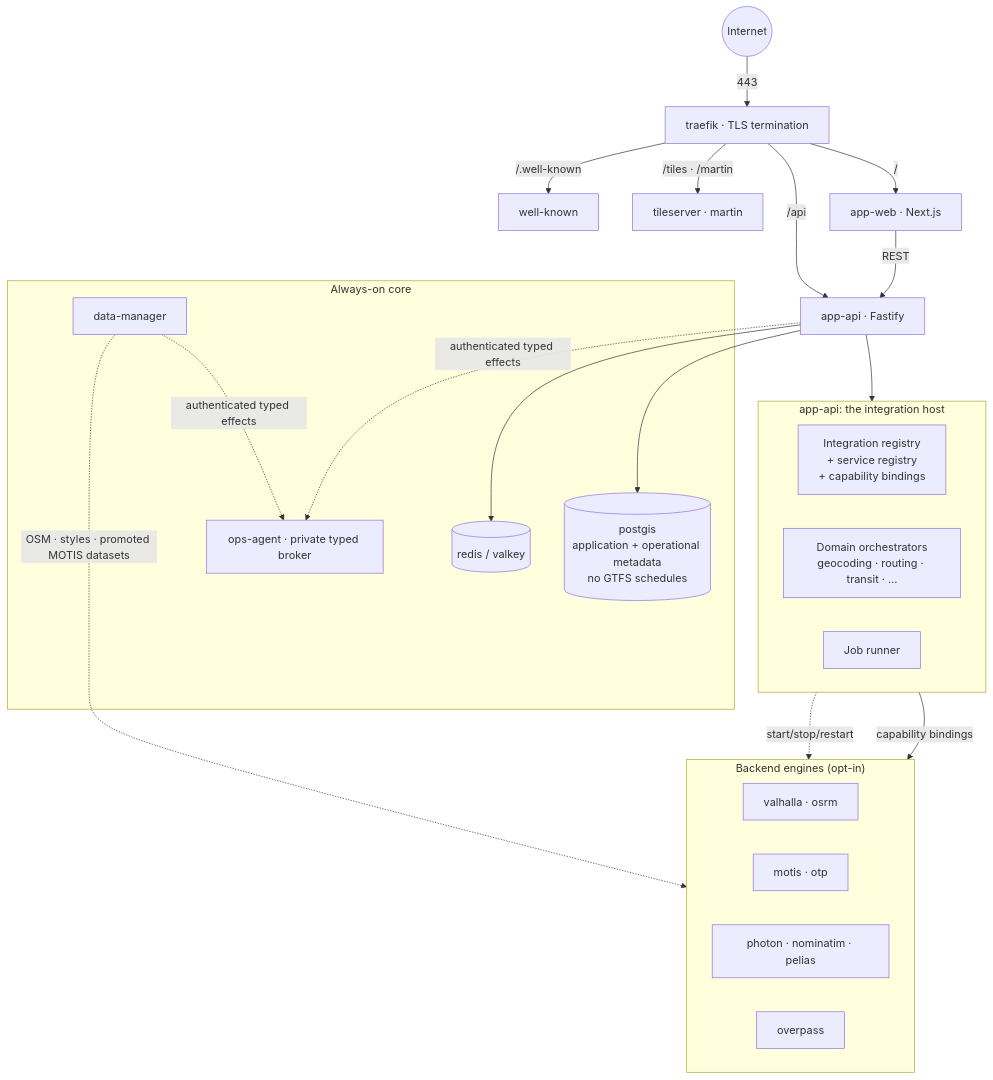
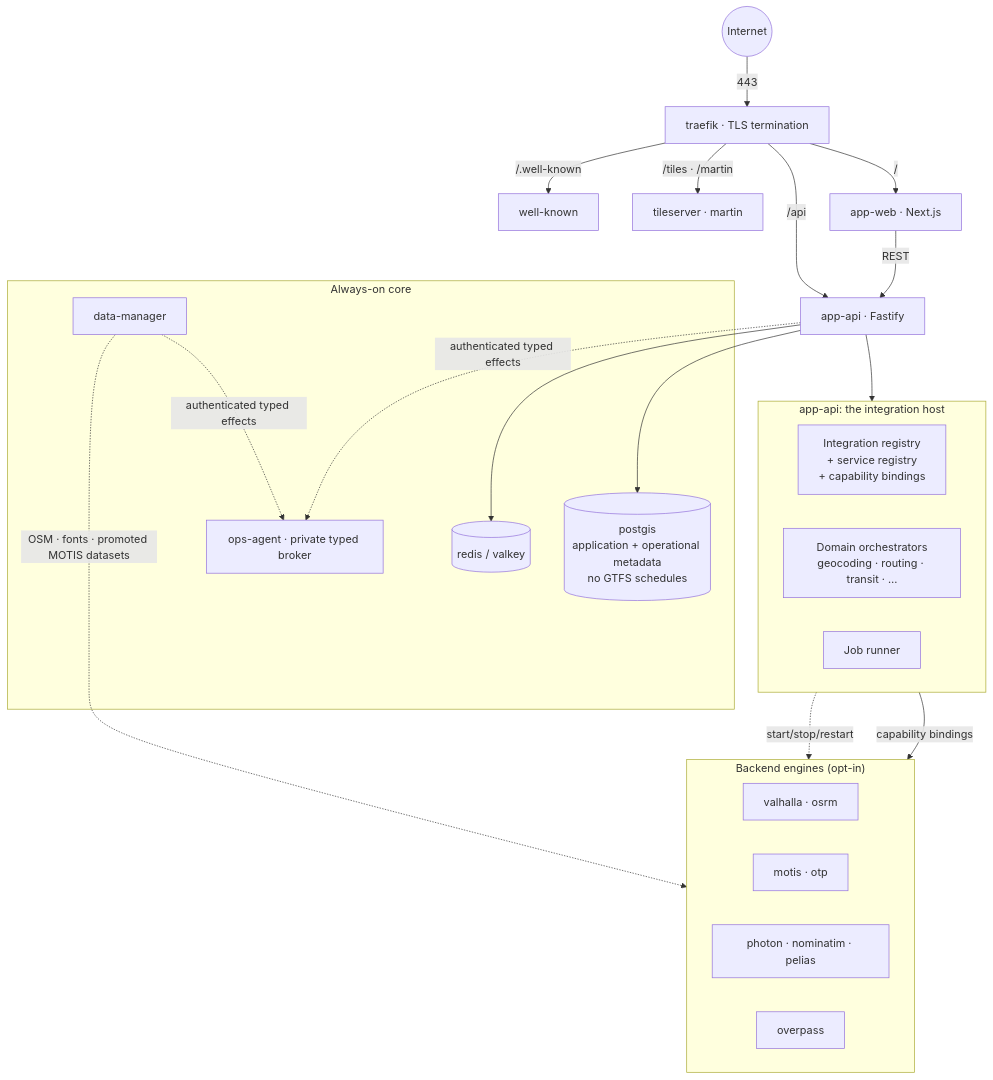
Before and after one commit to OpenMapX/openmapx: the first of 4 diagrams in docs/docs/developer/architecture.md, drawn with Mermaid. The commit also changed other lines of this file and 29 other files, not shown here.

````diff
--- a/docs/docs/developer/architecture.md
+++ b/docs/docs/developer/architecture.md
@@ -94,42 +94,42 @@
 ```mermaid
 graph TD
     Internet((Internet)) -->|443| Traefik["traefik · TLS termination"]
 
     Traefik -->|/| Web["app-web · Next.js"]
     Traefik -->|/api| API["app-api · Fastify"]
     Traefik -->|/tiles · /martin| Tiles["tileserver · martin"]
     Traefik -->|/.well-known| WK["well-known"]
 
     Web -->|REST| API
 
     subgraph Host["app-api: the integration host"]
       direction LR
       IH["Integration registry<br/>+ service registry<br/>+ capability bindings"]
       Orc["Domain orchestrators<br/>geocoding · routing · transit · …"]
       Jobs["Job runner"]
     end
 
     API --> Host
 
     Orc -->|capability bindings| Engines
     subgraph Engines["Backend engines (opt-in)"]
       Routing["valhalla · osrm"]
       Transit["motis · otp"]
       Geocoding["photon · nominatim · pelias"]
       Queries["overpass"]
     end
 
     subgraph Infra["Always-on core"]
       PG[("postgis<br/>application + operational metadata<br/>no GTFS schedules")]
       Cache[("redis / valkey")]
       DM["data-manager"]
       Ops["ops-agent · private typed broker"]
     end
 
     API --> PG
     API --> Cache
     API -.->|authenticated typed effects| Ops
     DM -.->|authenticated typed effects| Ops
     Jobs -.->|start/stop/restart| Engines
-    DM -.->|OSM · styles · promoted MOTIS datasets| Engines
+    DM -.->|OSM · fonts · promoted MOTIS datasets| Engines
 ```
````
